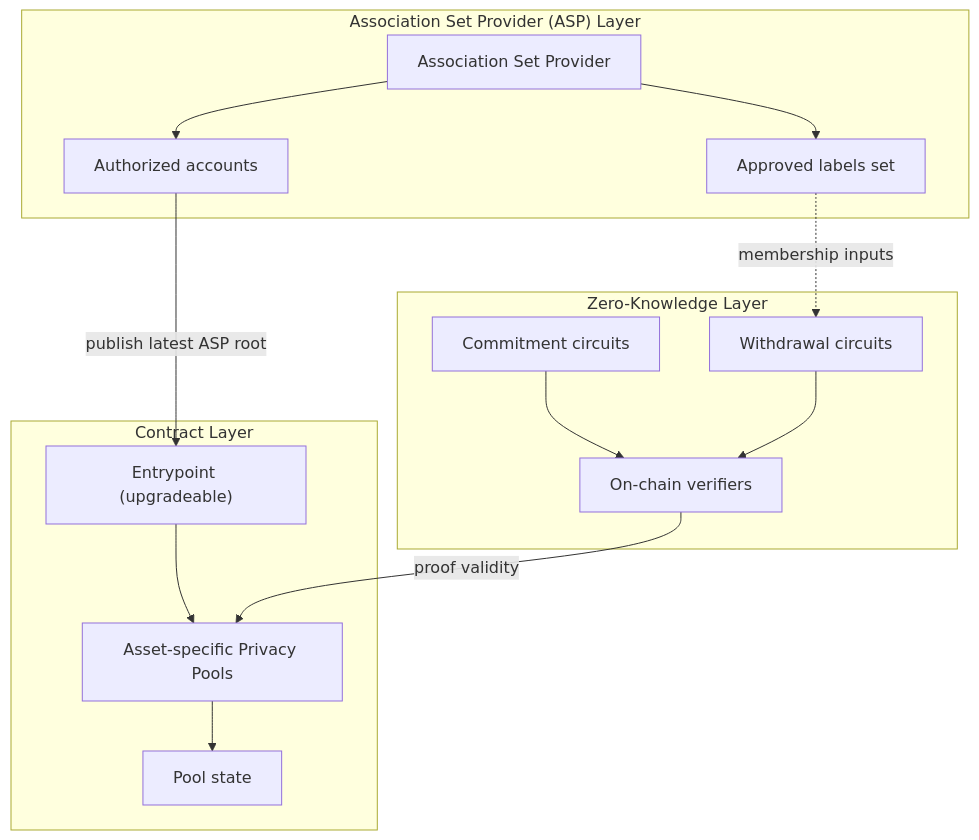
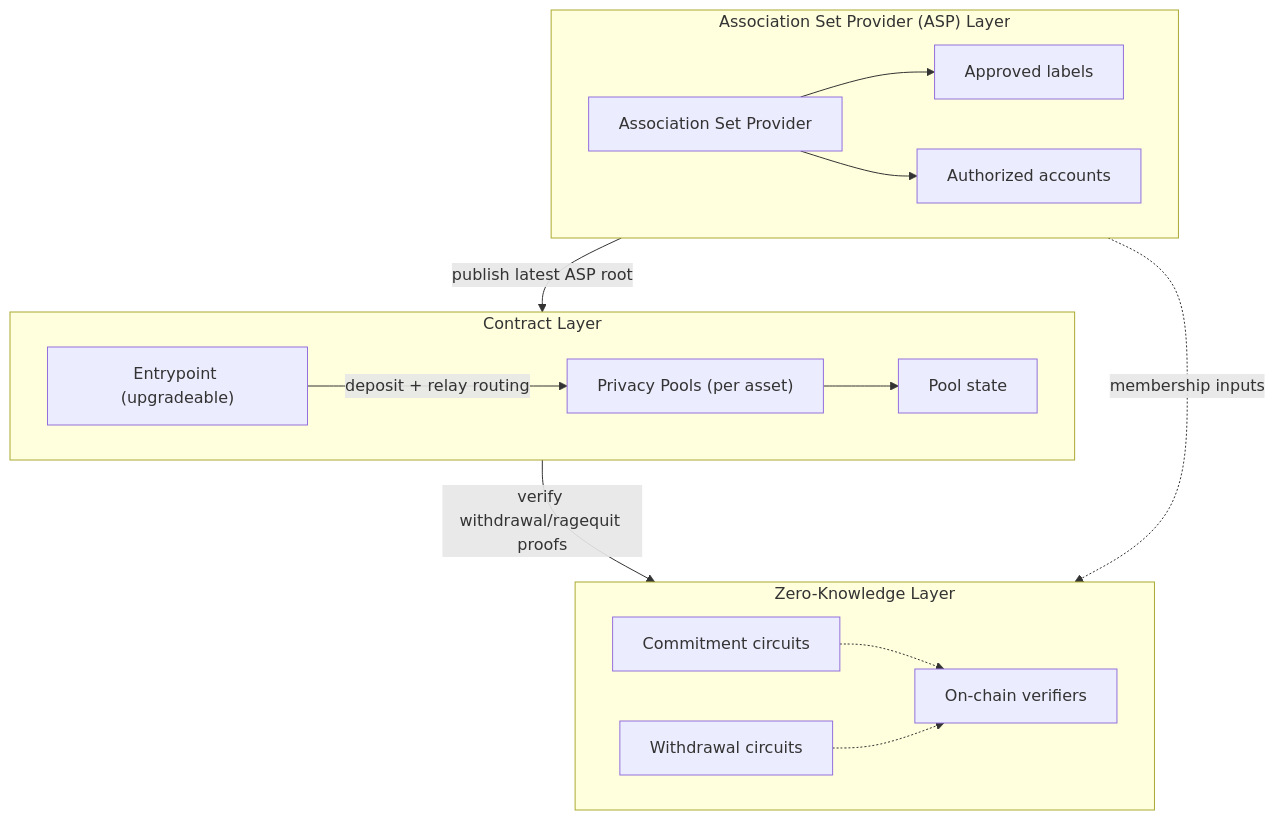
One commit to 0xbow-io/privacy-pools-core changed the diagram in docs/docs/overview/what-is-privacy-pools.md. Above: the diagram before and after it, drawn with Mermaid.

Commit message:
update system arch overview mermaid

````diff
--- a/docs/docs/overview/what-is-privacy-pools.md
+++ b/docs/docs/overview/what-is-privacy-pools.md
@@ -28,29 +28,33 @@
 ```mermaid
 flowchart TD
     subgraph A["Association Set Provider (ASP) Layer"]
+        direction LR
         ASP["Association Set Provider"]
-        SET["Approved labels set"]
+        SET["Approved labels"]
         POST["Authorized accounts"]
         ASP --> SET
         ASP --> POST
     end
 
     subgraph Z["Zero-Knowledge Layer"]
+        direction LR
         CC["Commitment circuits"]
         WC["Withdrawal circuits"]
         V["On-chain verifiers"]
-        CC --> V
-        WC --> V
+        CC -.-> V
+        WC -.-> V
     end
 
     subgraph C["Contract Layer"]
+        direction LR
         E["Entrypoint (upgradeable)"]
-        PP["Asset-specific Privacy Pools"]
+        PP["Privacy Pools (per asset)"]
         S["Pool state"]
-        E --> PP --> S
+        E -->|"deposit + relay routing"| PP
+        PP --> S
     end
 
     SET -.->|"membership inputs"| WC
     POST -->|"publish latest ASP root"| E
-    V -->|"proof validity"| PP
+    PP -->|"verify withdrawal/ragequit proofs"| V
 ```
````
